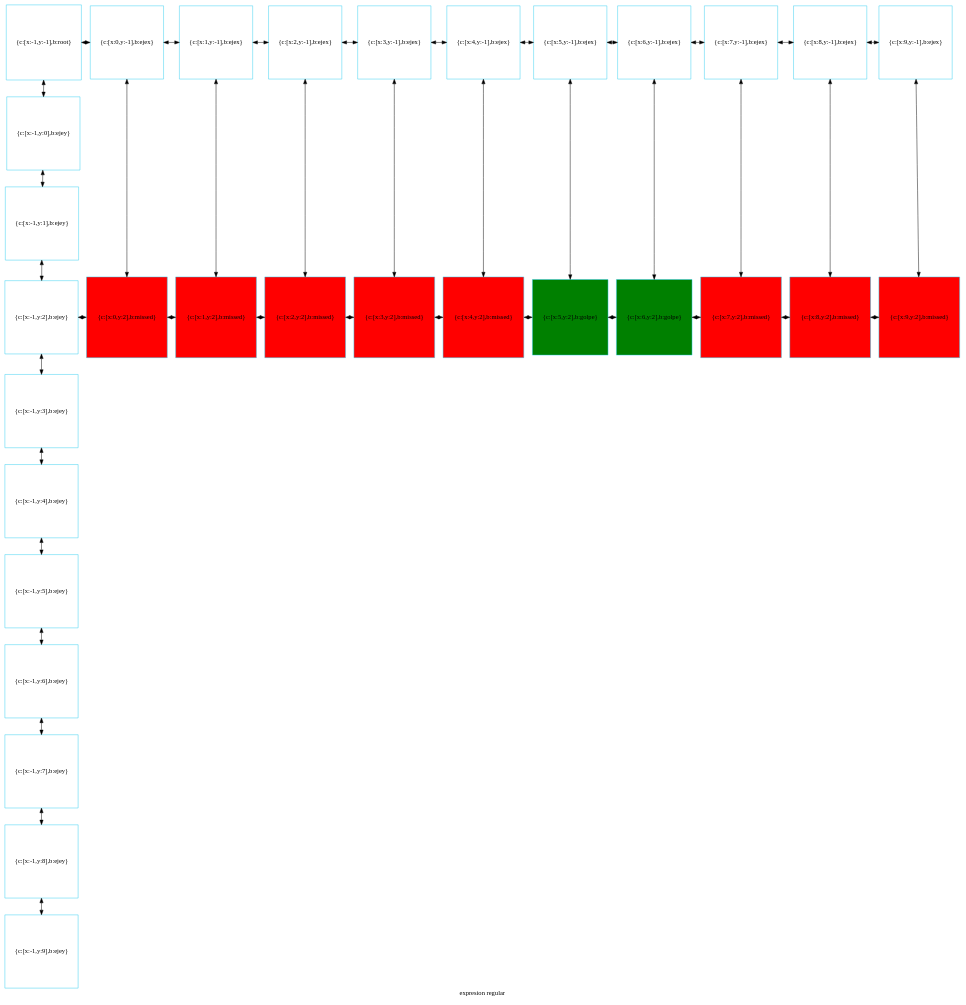
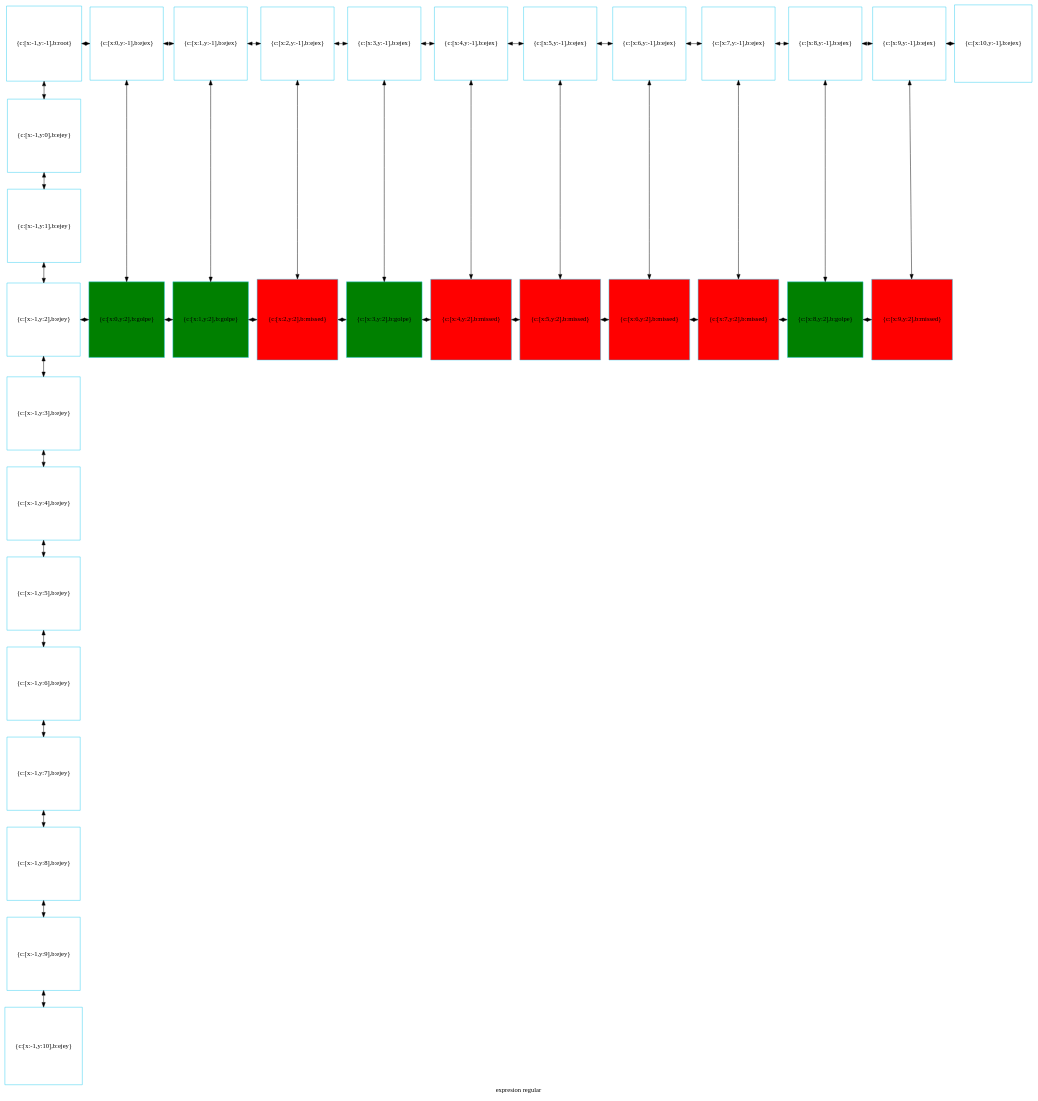
Before and after one commit to betebetoven/EDDS2F2: the diagram in disp_jug.dot, drawn with Graphviz. The commit also changed 10 other files, not shown here.

```diff
--- a/disp_jug.dot
+++ b/disp_jug.dot
@@ -1,91 +1,96 @@
 digraph G
 {label="expresion regular"
         node[shape = square]
         node[style = filled]
         node[fillcolor = "#EEEEE"]
         node[color = "#EEEEE"]
         node[color = "#31CEF0"]
 
-1066880376304[label="{c:[x:-1,y:-1],b:root}",fillcolor = "white"]
-1066880421792[label="{c:[x:0,y:-1],b:ejex}",fillcolor = "white"]
-1066880421504[label="{c:[x:1,y:-1],b:ejex}",fillcolor = "white"]
-1066880421216[label="{c:[x:2,y:-1],b:ejex}",fillcolor = "white"]
-1066880421072[label="{c:[x:3,y:-1],b:ejex}",fillcolor = "white"]
-1066880420928[label="{c:[x:4,y:-1],b:ejex}",fillcolor = "white"]
-1066880420784[label="{c:[x:5,y:-1],b:ejex}",fillcolor = "white"]
-1066880420640[label="{c:[x:6,y:-1],b:ejex}",fillcolor = "white"]
-1066880420688[label="{c:[x:7,y:-1],b:ejex}",fillcolor = "white"]
-1066880420544[label="{c:[x:8,y:-1],b:ejex}",fillcolor = "white"]
-1066880420448[label="{c:[x:9,y:-1],b:ejex}",fillcolor = "white"]
-1066977330896[label="{c:[x:-1,y:0],b:ejey}",fillcolor = "white"]
-1066977329744[label="{c:[x:-1,y:1],b:ejey}",fillcolor = "white"]
-1066977330944[label="{c:[x:-1,y:2],b:ejey}",fillcolor = "white"]
-1066977322944[label="{c:[x:0,y:2],b:missed}",fillcolor = "red"]
-1066880501264[label="{c:[x:1,y:2],b:missed}",fillcolor = "red"]
-1066880501504[label="{c:[x:2,y:2],b:missed}",fillcolor = "red"]
-1066880501744[label="{c:[x:3,y:2],b:missed}",fillcolor = "red"]
-1066880501984[label="{c:[x:4,y:2],b:missed}",fillcolor = "red"]
-1066880451248[label="{c:[x:5,y:2],b:golpe}",fillcolor = "green"]
-1066977307280[label="{c:[x:6,y:2],b:golpe}",fillcolor = "green"]
-1066880502224[label="{c:[x:7,y:2],b:missed}",fillcolor = "red"]
-1066880502464[label="{c:[x:8,y:2],b:missed}",fillcolor = "red"]
-1066880502704[label="{c:[x:9,y:2],b:missed}",fillcolor = "red"]
-1066977330704[label="{c:[x:-1,y:3],b:ejey}",fillcolor = "white"]
-1066977329936[label="{c:[x:-1,y:4],b:ejey}",fillcolor = "white"]
-1066977329696[label="{c:[x:-1,y:5],b:ejey}",fillcolor = "white"]
-1066977323904[label="{c:[x:-1,y:6],b:ejey}",fillcolor = "white"]
-1066977322896[label="{c:[x:-1,y:7],b:ejey}",fillcolor = "white"]
-1066977324384[label="{c:[x:-1,y:8],b:ejey}",fillcolor = "white"]
-1066977324144[label="{c:[x:-1,y:9],b:ejey}",fillcolor = "white"]
-1066880376304->1066977330896[dir = both];
-1066977330896->1066977329744[dir = both];
-1066977329744->1066977330944[dir = both];
-1066977330944->1066977330704[dir = both];
-1066977330704->1066977329936[dir = both];
-1066977329936->1066977329696[dir = both];
-1066977329696->1066977323904[dir = both];
-1066977323904->1066977322896[dir = both];
-1066977322896->1066977324384[dir = both];
-1066977324384->1066977324144[dir = both];
-1066880421792->1066977322944[dir = both];
-1066880421504->1066880501264[dir = both];
-1066880421216->1066880501504[dir = both];
-1066880421072->1066880501744[dir = both];
-1066880420928->1066880501984[dir = both];
-1066880420784->1066880451248[dir = both];
-1066880420640->1066977307280[dir = both];
-1066880420688->1066880502224[dir = both];
-1066880420544->1066880502464[dir = both];
-1066880420448->1066880502704[dir = both];
-1066880376304->1066880421792[dir = both];
-1066880421792->1066880421504[dir = both];
-1066880421504->1066880421216[dir = both];
-1066880421216->1066880421072[dir = both];
-1066880421072->1066880420928[dir = both];
-1066880420928->1066880420784[dir = both];
-1066880420784->1066880420640[dir = both];
-1066880420640->1066880420688[dir = both];
-1066880420688->1066880420544[dir = both];
-1066880420544->1066880420448[dir = both];
-1066977330944->1066977322944[constraint=false,dir = both];
-1066977322944->1066880501264[constraint=false,dir = both];
-1066880501264->1066880501504[constraint=false,dir = both];
-1066880501504->1066880501744[constraint=false,dir = both];
-1066880501744->1066880501984[constraint=false,dir = both];
-1066880501984->1066880451248[constraint=false,dir = both];
-1066880451248->1066977307280[constraint=false,dir = both];
-1066977307280->1066880502224[constraint=false,dir = both];
-1066880502224->1066880502464[constraint=false,dir = both];
-1066880502464->1066880502704[constraint=false,dir = both];
- {rank=same; 1066880376304;1066880421792;1066880421504;1066880421216;1066880421072;1066880420928;1066880420784;1066880420640;1066880420688;1066880420544;1066880420448;}
- {rank=same; 1066977330896;}
- {rank=same; 1066977329744;}
- {rank=same; 1066977330944;1066977322944;1066880501264;1066880501504;1066880501744;1066880501984;1066880451248;1066977307280;1066880502224;1066880502464;1066880502704;}
- {rank=same; 1066977330704;}
- {rank=same; 1066977329936;}
- {rank=same; 1066977329696;}
- {rank=same; 1066977323904;}
- {rank=same; 1066977322896;}
- {rank=same; 1066977324384;}
- {rank=same; 1066977324144;}
+781211150128[label="{c:[x:-1,y:-1],b:root}",fillcolor = "white"]
+781211150272[label="{c:[x:0,y:-1],b:ejex}",fillcolor = "white"]
+781211150416[label="{c:[x:1,y:-1],b:ejex}",fillcolor = "white"]
+781211150560[label="{c:[x:2,y:-1],b:ejex}",fillcolor = "white"]
+781211150704[label="{c:[x:3,y:-1],b:ejex}",fillcolor = "white"]
+781211150848[label="{c:[x:4,y:-1],b:ejex}",fillcolor = "white"]
+781211150992[label="{c:[x:5,y:-1],b:ejex}",fillcolor = "white"]
+781211151136[label="{c:[x:6,y:-1],b:ejex}",fillcolor = "white"]
+781211151280[label="{c:[x:7,y:-1],b:ejex}",fillcolor = "white"]
+781211151424[label="{c:[x:8,y:-1],b:ejex}",fillcolor = "white"]
+781211151568[label="{c:[x:9,y:-1],b:ejex}",fillcolor = "white"]
+781211151712[label="{c:[x:10,y:-1],b:ejex}",fillcolor = "white"]
+781211151856[label="{c:[x:-1,y:0],b:ejey}",fillcolor = "white"]
+781211152000[label="{c:[x:-1,y:1],b:ejey}",fillcolor = "white"]
+781211152144[label="{c:[x:-1,y:2],b:ejey}",fillcolor = "white"]
+781211116448[label="{c:[x:0,y:2],b:golpe}",fillcolor = "green"]
+781211103344[label="{c:[x:1,y:2],b:golpe}",fillcolor = "green"]
+781211286688[label="{c:[x:2,y:2],b:missed}",fillcolor = "red"]
+781211107232[label="{c:[x:3,y:2],b:golpe}",fillcolor = "green"]
+781211287024[label="{c:[x:4,y:2],b:missed}",fillcolor = "red"]
+781211287264[label="{c:[x:5,y:2],b:missed}",fillcolor = "red"]
+781211287504[label="{c:[x:6,y:2],b:missed}",fillcolor = "red"]
+781211312384[label="{c:[x:7,y:2],b:missed}",fillcolor = "red"]
+781211117120[label="{c:[x:8,y:2],b:golpe}",fillcolor = "green"]
+781211312624[label="{c:[x:9,y:2],b:missed}",fillcolor = "red"]
+781211152288[label="{c:[x:-1,y:3],b:ejey}",fillcolor = "white"]
+781211160688[label="{c:[x:-1,y:4],b:ejey}",fillcolor = "white"]
+781211160832[label="{c:[x:-1,y:5],b:ejey}",fillcolor = "white"]
+781211160976[label="{c:[x:-1,y:6],b:ejey}",fillcolor = "white"]
+781211161120[label="{c:[x:-1,y:7],b:ejey}",fillcolor = "white"]
+781211161264[label="{c:[x:-1,y:8],b:ejey}",fillcolor = "white"]
+781211161408[label="{c:[x:-1,y:9],b:ejey}",fillcolor = "white"]
+781211161552[label="{c:[x:-1,y:10],b:ejey}",fillcolor = "white"]
+781211150128->781211151856[dir = both];
+781211151856->781211152000[dir = both];
+781211152000->781211152144[dir = both];
+781211152144->781211152288[dir = both];
+781211152288->781211160688[dir = both];
+781211160688->781211160832[dir = both];
+781211160832->781211160976[dir = both];
+781211160976->781211161120[dir = both];
+781211161120->781211161264[dir = both];
+781211161264->781211161408[dir = both];
+781211161408->781211161552[dir = both];
+781211150272->781211116448[dir = both];
+781211150416->781211103344[dir = both];
+781211150560->781211286688[dir = both];
+781211150704->781211107232[dir = both];
+781211150848->781211287024[dir = both];
+781211150992->781211287264[dir = both];
+781211151136->781211287504[dir = both];
+781211151280->781211312384[dir = both];
+781211151424->781211117120[dir = both];
+781211151568->781211312624[dir = both];
+781211150128->781211150272[dir = both];
+781211150272->781211150416[dir = both];
+781211150416->781211150560[dir = both];
+781211150560->781211150704[dir = both];
+781211150704->781211150848[dir = both];
+781211150848->781211150992[dir = both];
+781211150992->781211151136[dir = both];
+781211151136->781211151280[dir = both];
+781211151280->781211151424[dir = both];
+781211151424->781211151568[dir = both];
+781211151568->781211151712[dir = both];
+781211152144->781211116448[constraint=false,dir = both];
+781211116448->781211103344[constraint=false,dir = both];
+781211103344->781211286688[constraint=false,dir = both];
+781211286688->781211107232[constraint=false,dir = both];
+781211107232->781211287024[constraint=false,dir = both];
+781211287024->781211287264[constraint=false,dir = both];
+781211287264->781211287504[constraint=false,dir = both];
+781211287504->781211312384[constraint=false,dir = both];
+781211312384->781211117120[constraint=false,dir = both];
+781211117120->781211312624[constraint=false,dir = both];
+ {rank=same; 781211150128;781211150272;781211150416;781211150560;781211150704;781211150848;781211150992;781211151136;781211151280;781211151424;781211151568;781211151712;}
+ {rank=same; 781211151856;}
+ {rank=same; 781211152000;}
+ {rank=same; 781211152144;781211116448;781211103344;781211286688;781211107232;781211287024;781211287264;781211287504;781211312384;781211117120;781211312624;}
+ {rank=same; 781211152288;}
+ {rank=same; 781211160688;}
+ {rank=same; 781211160832;}
+ {rank=same; 781211160976;}
+ {rank=same; 781211161120;}
+ {rank=same; 781211161264;}
+ {rank=same; 781211161408;}
+ {rank=same; 781211161552;}
 }
```
